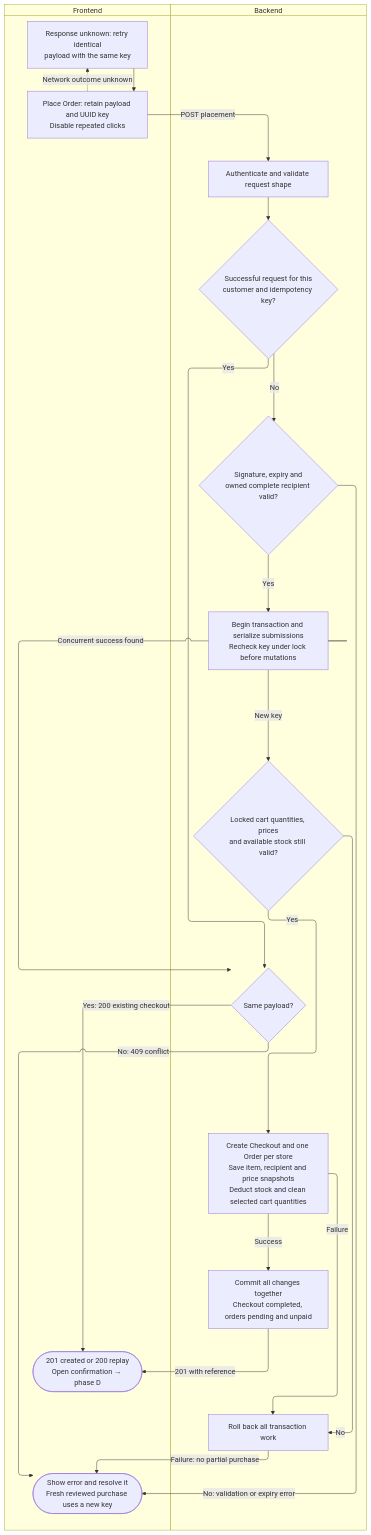
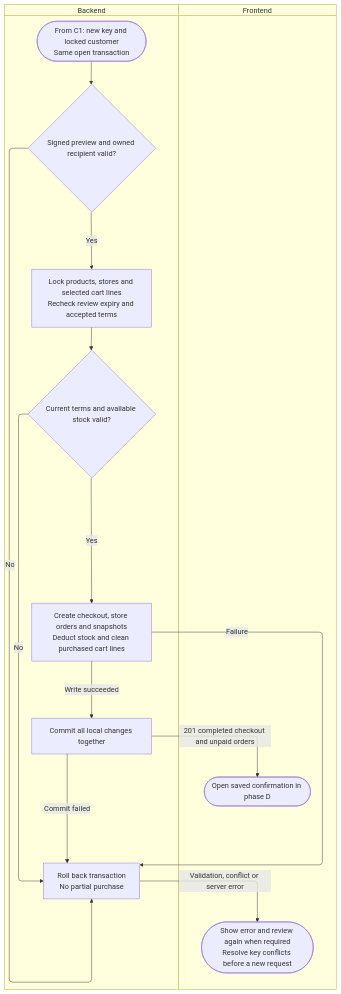
Before and after one commit to RHILIUS/E-Commerce-Docs: the fourth of 5 diagrams in diagrams/specific-business-processes/checkout/cod-checkout.md, drawn with Mermaid. The commit also changed other lines of this file and 21 other files, not shown here.

````diff
--- a/diagrams/specific-business-processes/checkout/cod-checkout.md
+++ b/diagrams/specific-business-processes/checkout/cod-checkout.md
@@ -124,38 +171,26 @@
 ```mermaid
 swimlane-beta TB
-    subgraph C_UI["Frontend"]
-        C_send["Place Order: retain payload and UUID key<br/>Disable repeated clicks"]
-        C_retry["Response unknown: retry identical<br/>payload with the same key"]
-        C_error(["Show error and resolve it<br/>Fresh reviewed purchase uses a new key"])
-        C_done(["201 created or 200 replay<br/>Open confirmation → phase D"])
-        C_send -.->|Network outcome unknown| C_retry
-        C_retry --> C_send
+    subgraph C2_API["Backend"]
+        C2_start(["From C1: new key and locked customer<br/>Same open transaction"])
+        C2_check{"Signed preview and owned recipient valid?"}
+        C2_lock["Lock products, stores and selected cart lines<br/>Recheck review expiry and accepted terms"]
+        C2_stock{"Current terms and available stock valid?"}
+        C2_write["Create checkout, store orders and snapshots<br/>Deduct stock and clean purchased cart lines"]
+        C2_commit["Commit all local changes together"]
+        C2_rollback["Roll back transaction<br/>No partial purchase"]
+        C2_start --> C2_check
+        C2_check -->|Yes| C2_lock --> C2_stock
+        C2_check -->|No| C2_rollback
+        C2_stock -->|No| C2_rollback
+        C2_stock -->|Yes| C2_write
+        C2_write -->|Write succeeded| C2_commit
+        C2_write -->|Failure| C2_rollback
+        C2_commit -->|Commit failed| C2_rollback
     end
-    subgraph C_API["Backend"]
-        C_auth["Authenticate and validate request shape"]
-        C_key{"Successful request for this<br/>customer and idempotency key?"}
-        C_same{"Same payload?"}
-        C_check{"Signature, expiry and<br/>owned complete recipient valid?"}
-        C_begin["Begin transaction and serialize submissions<br/>Recheck key under lock before mutations"]
-        C_stock{"Locked cart quantities, prices<br/>and available stock still valid?"}
-        C_write["Create Checkout and one Order per store<br/>Save item, recipient and price snapshots<br/>Deduct stock and clean selected cart quantities"]
-        C_commit["Commit all changes together<br/>Checkout completed, orders pending and unpaid"]
-        C_rollback["Roll back all transaction work"]
-        C_auth --> C_key
-        C_key -->|Yes| C_same
-        C_key -->|No| C_check
-        C_check -->|Yes| C_begin
-        C_begin -->|New key| C_stock
-        C_begin -->|Concurrent success found| C_same
-        C_stock -->|Yes| C_write
-        C_stock -->|No| C_rollback
-        C_write -->|Success| C_commit
-        C_write -->|Failure| C_rollback
+    subgraph C2_UI["Frontend"]
+        C2_error(["Show error and review again when required<br/>Resolve key conflicts before a new request"])
+        C2_done(["Open saved confirmation in phase D"])
     end
-    C_send -->|POST placement| C_auth
-    C_same -->|Yes: 200 existing checkout| C_done
-    C_same -->|No: 409 conflict| C_error
-    C_check -->|No: validation or expiry error| C_error
-    C_rollback -->|Failure: no partial purchase| C_error
-    C_commit -->|201 with reference| C_done
+    C2_rollback -->|Validation, conflict or server error| C2_error
+    C2_commit -->|201 completed checkout and unpaid orders| C2_done
 ```
````
